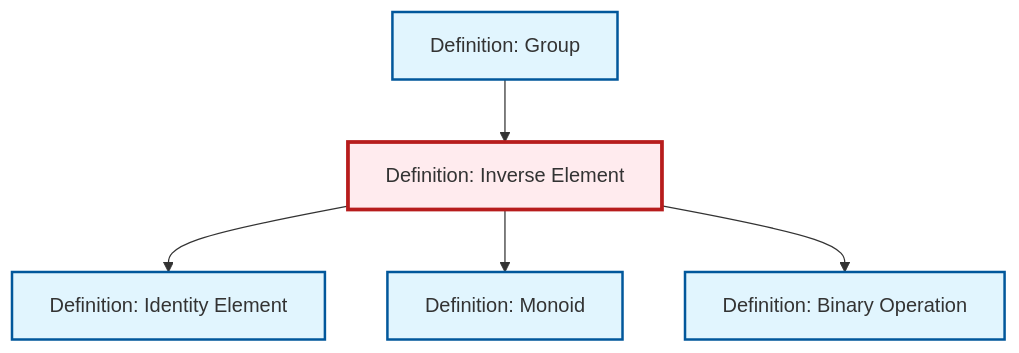
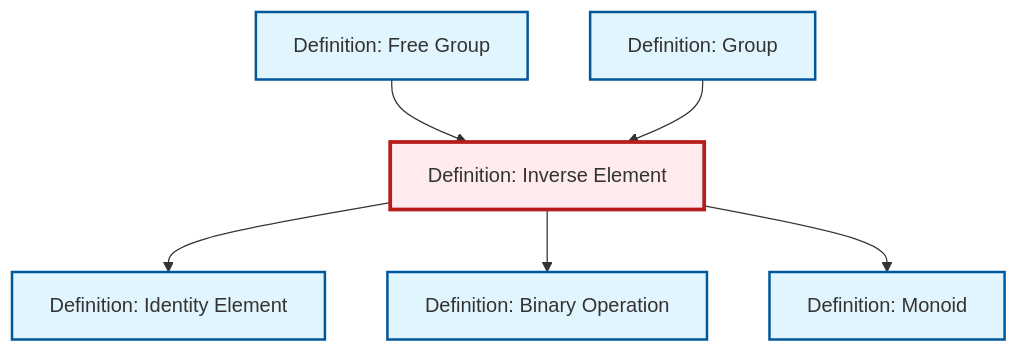
Before and after one commit to RK0429/ModernMath: the diagram in content/en/algebra/def-inverse-element.qmd, drawn with Mermaid. The commit also changed other lines of this file and 1012 other files, not shown here.

````diff
--- a/content/en/algebra/def-inverse-element.qmd
+++ b/content/en/algebra/def-inverse-element.qmd
@@ -84,23 +84,26 @@
 ```{mermaid}
 %%| fig-cap: "Local dependency graph"
 graph TD
     classDef definition fill:#e1f5fe,stroke:#01579b,stroke-width:2px
     classDef theorem fill:#f3e5f5,stroke:#4a148c,stroke-width:2px
     classDef axiom fill:#fff3e0,stroke:#e65100,stroke-width:2px
     classDef example fill:#e8f5e9,stroke:#1b5e20,stroke-width:2px
     classDef current fill:#ffebee,stroke:#b71c1c,stroke-width:3px
+    def-identity-element["Definition: Identity Element"]:::definition
+    def-binary-operation["Definition: Binary Operation"]:::definition
     def-inverse-element["Definition: Inverse Element"]:::definition
-    def-binary-operation["Definition: Binary Operation"]:::definition
-    def-identity-element["Definition: Identity Element"]:::definition
+    def-free-group["Definition: Free Group"]:::definition
     def-monoid["Definition: Monoid"]:::definition
     def-group["Definition: Group"]:::definition
     def-inverse-element --> def-identity-element
+    def-free-group --> def-inverse-element
+    def-inverse-element --> def-binary-operation
     def-inverse-element --> def-monoid
-    def-inverse-element --> def-binary-operation
     def-group --> def-inverse-element
     class def-inverse-element current
+    click def-identity-element "def-identity-element.html" "Go to Identity Element definition"
     click def-binary-operation "def-binary-operation.html" "Go to Binary Operation definition"
-    click def-identity-element "def-identity-element.html" "Go to Identity Element definition"
+    click def-free-group "def-free-group.html" "Go to Free Group definition"
     click def-monoid "def-monoid.html" "Go to Monoid definition"
     click def-group "def-group.html" "Go to Group definition"
 ```
````
